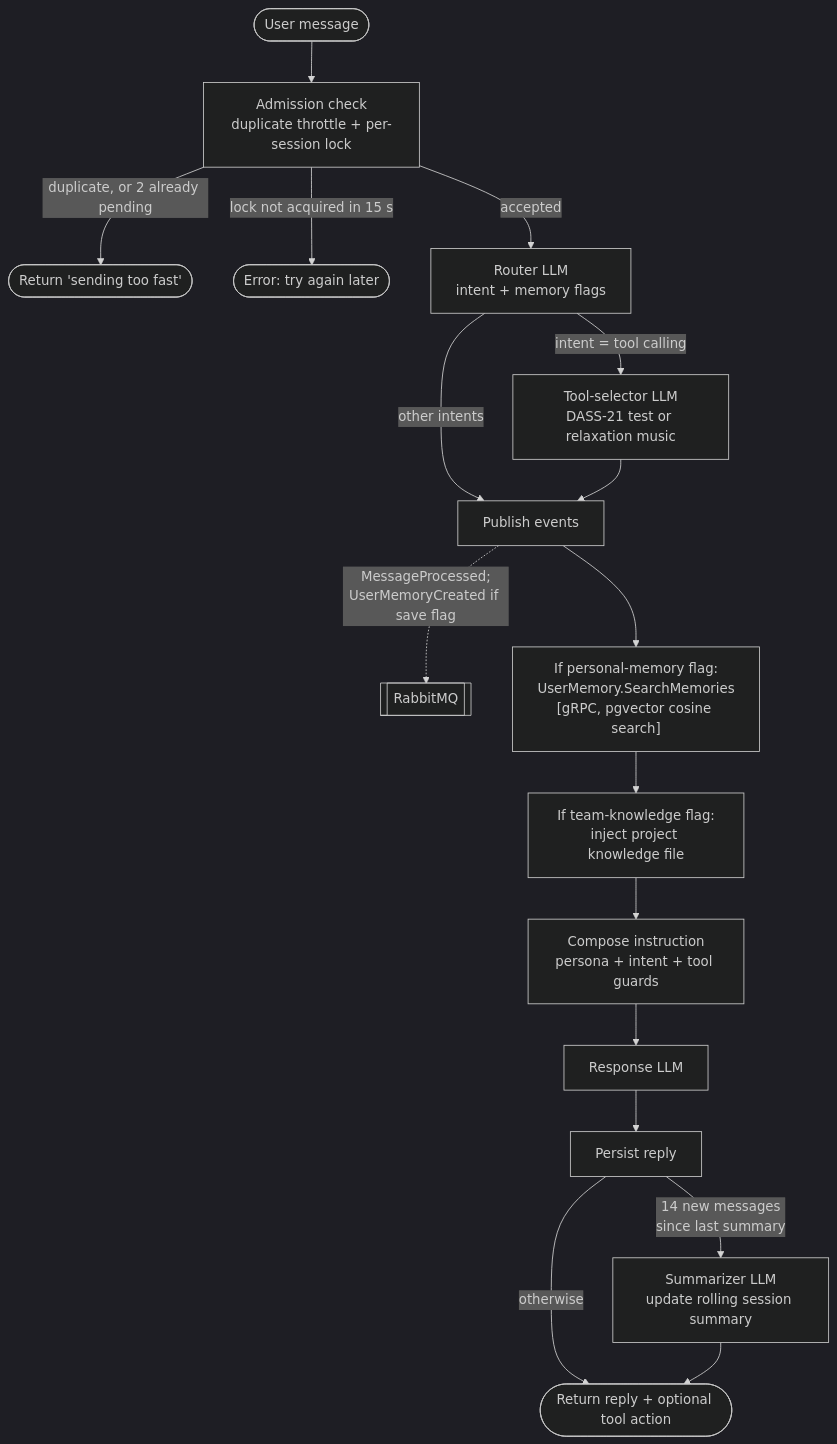
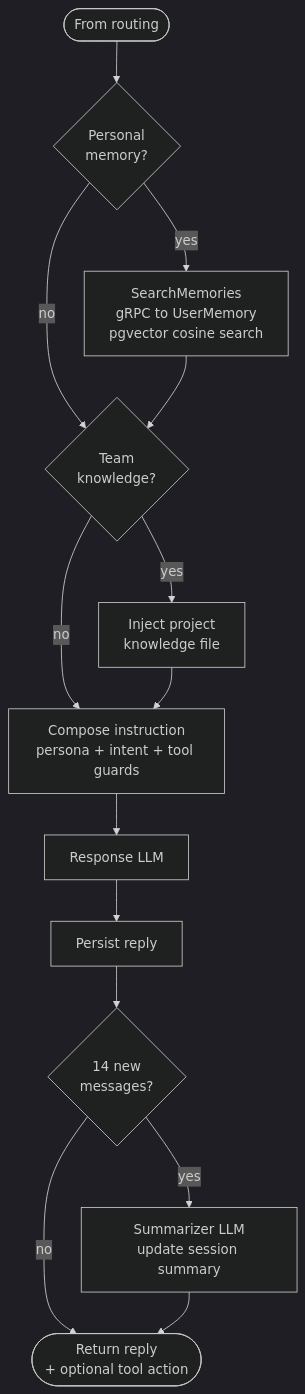
The fifth of 8 diagrams in README.md (anht04/psychology-support-microservices), drawn with Mermaid (dark theme) before and after one commit. The commit also changed other lines of this file, not shown here.

First line of the commit message:
Enhance README with updated flowcharts and workflows

````diff
--- a/README.md
+++ b/README.md
@@ -217,19 +240,16 @@
 ```mermaid
 flowchart TD
-    start(["User message"]) --> guard["Admission check<br/>duplicate throttle + per-session lock"]
-    guard -->|"duplicate, or 2 already pending"| slow(["Return 'sending too fast'"])
-    guard -->|"lock not acquired in 15 s"| busy(["Error: try again later"])
-    guard -->|"accepted"| router["Router LLM<br/>intent + memory flags"]
-    router -->|"intent = tool calling"| tool["Tool-selector LLM<br/>DASS-21 test or relaxation music"]
-    router -->|"other intents"| events["Publish events"]
-    tool --> events
-    events -.->|"MessageProcessed;<br/>UserMemoryCreated if save flag"| mq[["RabbitMQ"]]
-    events --> rag["If personal-memory flag:<br/>UserMemory.SearchMemories<br/>[gRPC, pgvector cosine search]"]
-    rag --> kb["If team-knowledge flag:<br/>inject project knowledge file"]
+    start(["From routing"]) --> needMem{"Personal<br/>memory?"}
+    needMem -->|yes| rag["SearchMemories<br/>gRPC to UserMemory<br/>pgvector cosine search"]
+    needMem -->|no| needKb
+    rag --> needKb{"Team<br/>knowledge?"}
+    needKb -->|yes| kb["Inject project<br/>knowledge file"]
+    needKb -->|no| compose
     kb --> compose["Compose instruction<br/>persona + intent + tool guards"]
     compose --> reply["Response LLM"]
     reply --> persist["Persist reply"]
-    persist -->|"14 new messages<br/>since last summary"| summarize["Summarizer LLM<br/>update rolling session summary"]
-    persist -->|"otherwise"| done(["Return reply + optional tool action"])
+    persist --> needSum{"14 new<br/>messages?"}
+    needSum -->|yes| summarize["Summarizer LLM<br/>update session summary"]
+    needSum -->|no| done(["Return reply<br/>+ optional tool action"])
     summarize --> done
 ```
````
